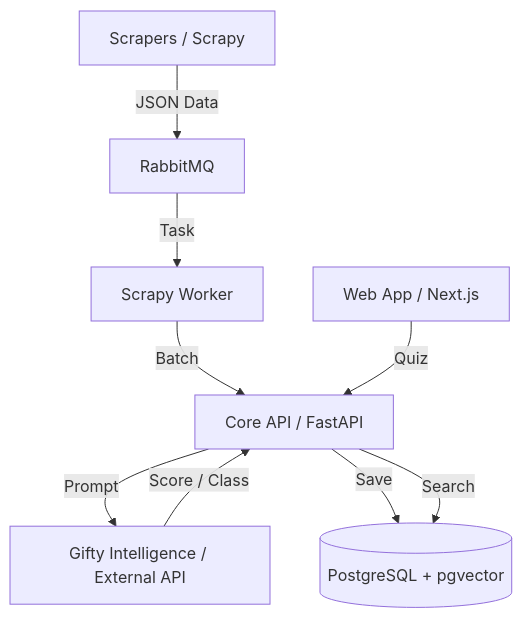
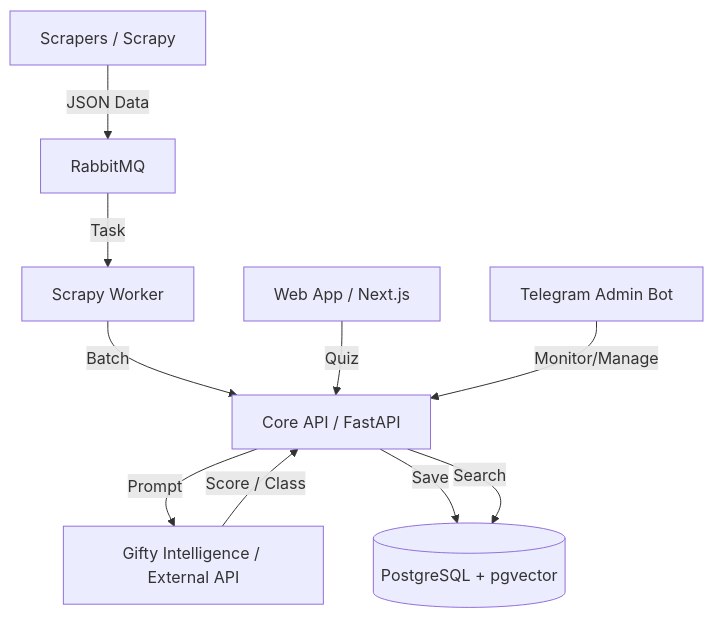
The diagram in docs/architecture/overview.md (IceDarold/gifty-backend), drawn with Mermaid before and after one commit. The commit also changed other lines of this file and 3 other files, not shown here.

Commit message:
docs: add telegram bot guide and update parsing docs

````diff
--- a/docs/architecture/overview.md
+++ b/docs/architecture/overview.md
@@ -5,11 +5,12 @@
 ```mermaid
 graph TD
     Parser[Scrapers / Scrapy] -->|JSON Data| RabbitMQ[RabbitMQ]
     RabbitMQ -->|Task| Worker[Scrapy Worker]
     Worker -->|Batch| API[Core API / FastAPI]
     API -->|Prompt| LLM[Gifty Intelligence / External API]
     LLM -->|Score / Class| API
     API -->|Save| DB[(PostgreSQL + pgvector)]
     Frontend[Web App / Next.js] -->|Quiz| API
+    Bot[Telegram Admin Bot] -->|Monitor/Manage| API
     API -->|Search| DB
 ```
````
